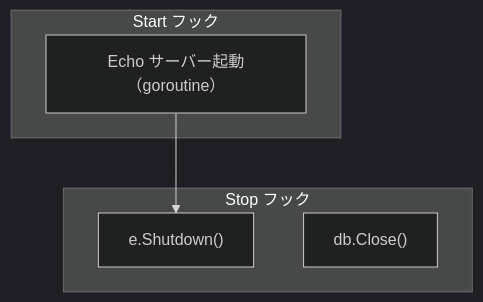
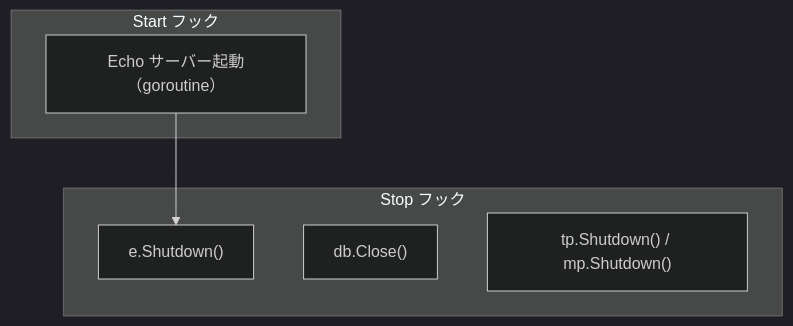
One commit to Tomy-ch/go-boilerplate changed the diagram in docs/portal/guides/ja/di-server-hook.ja.md. Above: the diagram before and after it, drawn with Mermaid (dark theme). The commit also changed other lines of this file and 24 other files, not shown here.

````diff
--- a/docs/portal/guides/ja/di-server-hook.ja.md
+++ b/docs/portal/guides/ja/di-server-hook.ja.md
@@ -16,14 +17,16 @@
 ```mermaid
 flowchart TB
     subgraph "Start フック"
         HTTP["Echo サーバー起動（goroutine）"]
     end
 
     subgraph "Stop フック"
         Shutdown["e.Shutdown()"]
         DBClose["db.Close()"]
+        O11yShutdown["tp.Shutdown() / mp.Shutdown()"]
     end
 
     HTTP --> Shutdown
     DBClose
+    O11yShutdown
 ```
````
